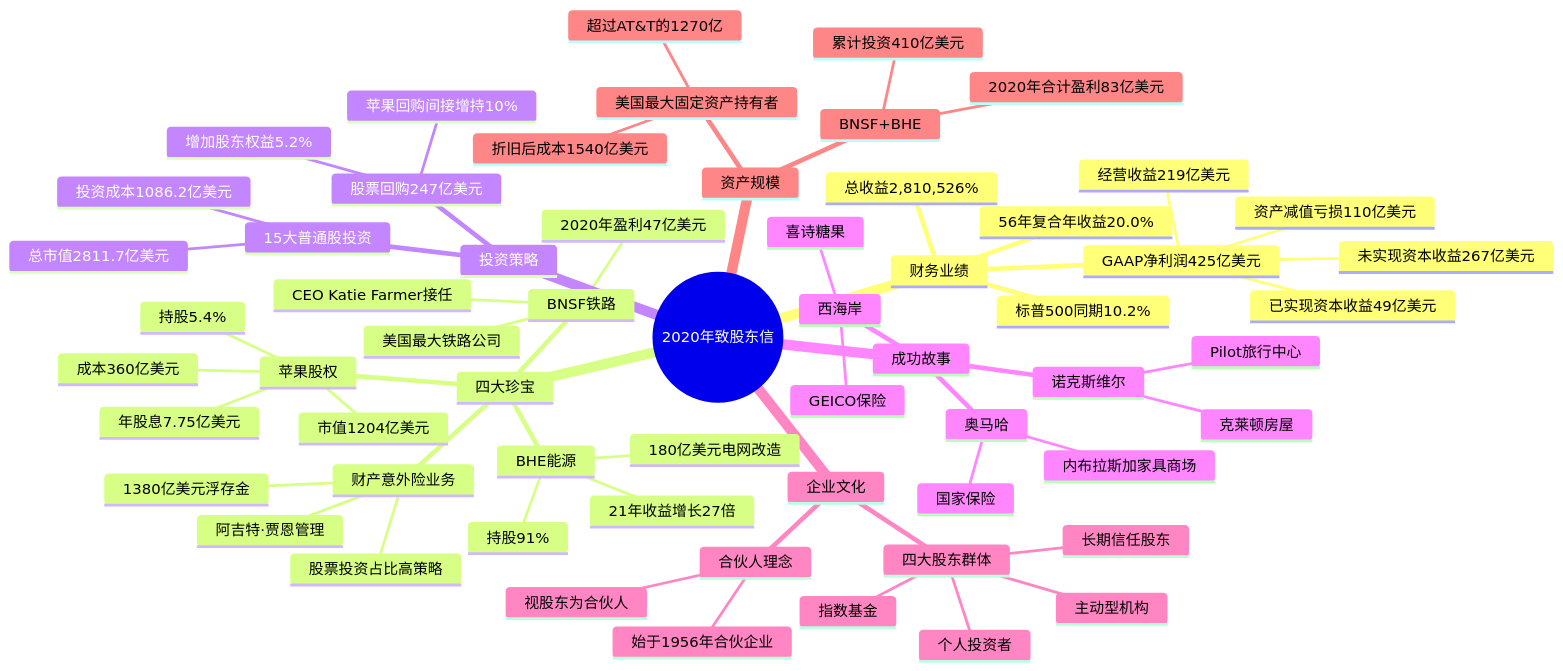
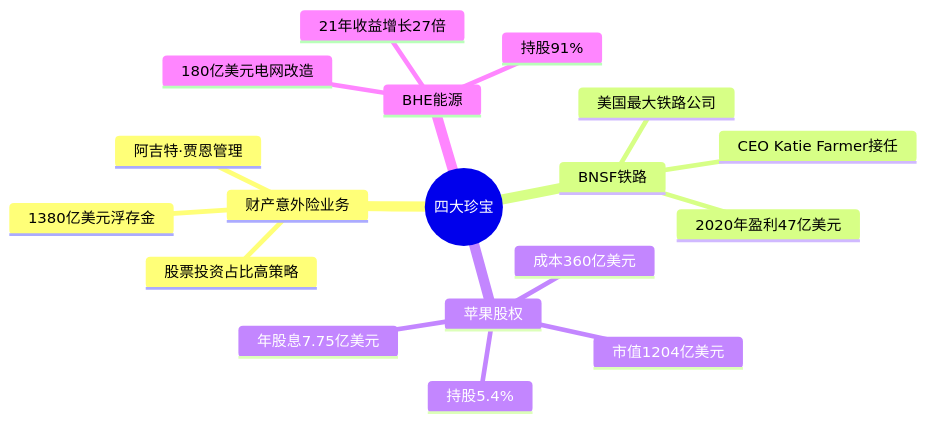
Before and after one commit to carllhm/buffett-knowledge-base: the third of 7 diagrams in docs/01_letters/2020年/思维导图.md, drawn with Mermaid. The commit also changed other lines of this file and 719 other files, not shown here.

Commit message:
思维导图重构：两级结构，总览+折叠子导图

````diff
--- a/docs/01_letters/2020年/思维导图.md
+++ b/docs/01_letters/2020年/思维导图.md
@@ -11,64 +85,21 @@
 ```mermaid
 mindmap
-  root((2020年致股东信))
-    财务业绩
-      GAAP净利润425亿美元
-        经营收益219亿美元
-        已实现资本收益49亿美元
-        未实现资本收益267亿美元
-        资产减值亏损110亿美元
-      56年复合年收益20.0%
-      标普500同期10.2%
-      总收益2,810,526%
-    四大珍宝
-      财产意外险业务
-        阿吉特·贾恩管理
-        1380亿美元浮存金
-        股票投资占比高策略
-      BNSF铁路
-        美国最大铁路公司
-        2020年盈利47亿美元
-        CEO Katie Farmer接任
-      苹果股权
-        持股5.4%
-        市值1204亿美元
-        成本360亿美元
-        年股息7.75亿美元
-      BHE能源
-        持股91%
-        21年收益增长27倍
-        180亿美元电网改造
-    投资策略
-      股票回购247亿美元
-        增加股东权益5.2%
-        苹果回购间接增持10%
-      15大普通股投资
-        总市值2811.7亿美元
-        投资成本1086.2亿美元
-    成功故事
-      西海岸
-        喜诗糖果
-        GEICO保险
-      奥马哈
-        国家保险
-        内布拉斯加家具商场
-      诺克斯维尔
-        克莱顿房屋
-        Pilot旅行中心
-    企业文化
-      合伙人理念
-        始于1956年合伙企业
-        视股东为合伙人
-      四大股东群体
-        指数基金
-        主动型机构
-        个人投资者
-        长期信任股东
-    资产规模
-      美国最大固定资产持有者
-        折旧后成本1540亿美元
-        超过AT&T的1270亿
-      BNSF+BHE
-        2020年合计盈利83亿美元
-        累计投资410亿美元
+  root((四大珍宝))
+    财产意外险业务
+      阿吉特·贾恩管理
+      1380亿美元浮存金
+      股票投资占比高策略
+    BNSF铁路
+      美国最大铁路公司
+      2020年盈利47亿美元
+      CEO Katie Farmer接任
+    苹果股权
+      持股5.4%
+      市值1204亿美元
+      成本360亿美元
+      年股息7.75亿美元
+    BHE能源
+      持股91%
+      21年收益增长27倍
+      180亿美元电网改造
 ```
````
